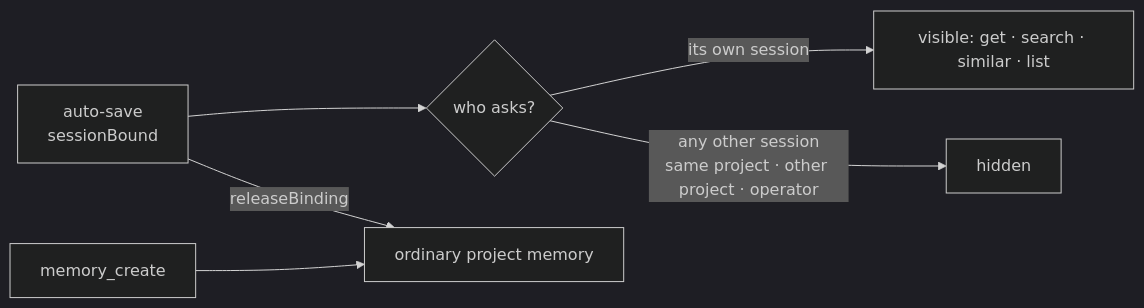
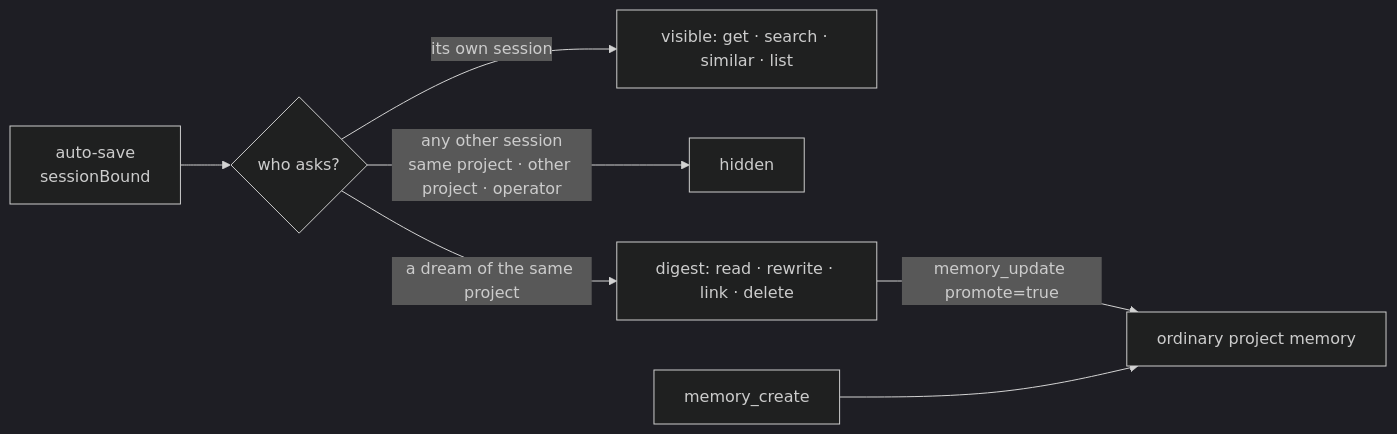
One commit to PetePeter/helm changed the fourth of 5 diagrams in docs/memory.md. Above: the diagram before and after it, drawn with Mermaid (dark theme). The commit also changed other lines of this file and 12 other files, not shown here.

First line of the commit message:
feat(memory): dreams digest session-bound memories

````diff
--- a/docs/memory.md
+++ b/docs/memory.md
@@ -97,8 +97,9 @@
 ```mermaid
 flowchart LR
     A[auto-save<br/>sessionBound] --> B{who asks?}
     B -->|its own session| V[visible: get · search · similar · list]
     B -->|any other session<br/>same project · other project · operator| H[hidden]
-    A -->|releaseBinding| P[ordinary project memory]
+    B -->|a dream of the same project| DG[digest: read · rewrite · link · delete]
+    DG -->|memory_update promote=true| P[ordinary project memory]
     M[memory_create] --> P
 ```
````
